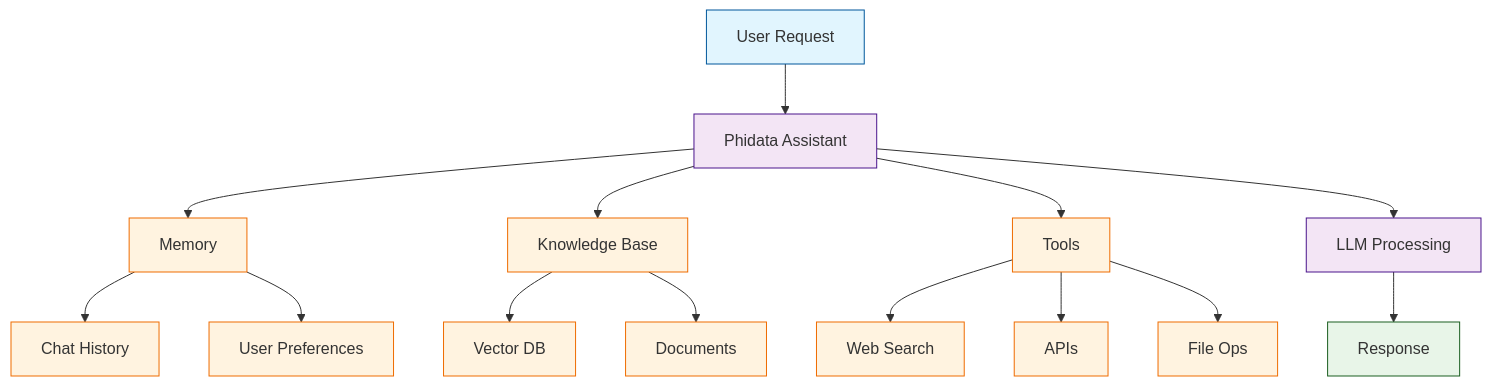
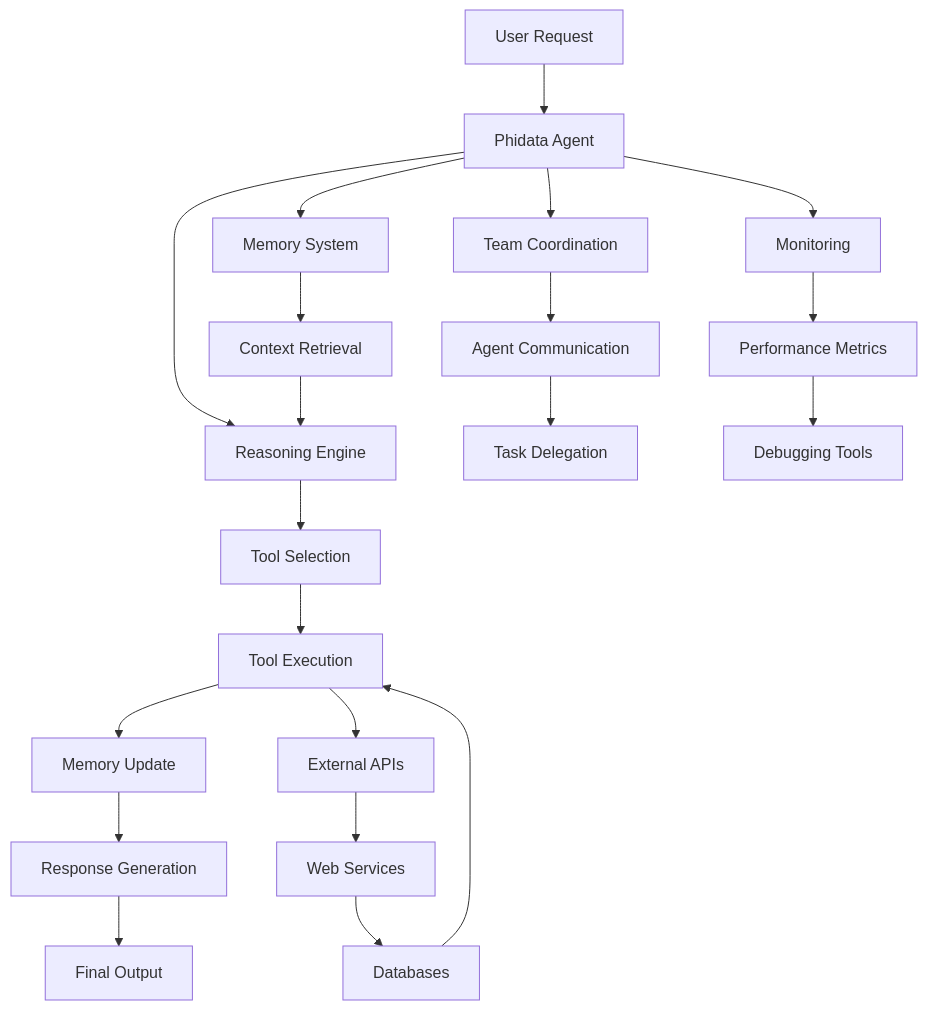
The diagram in tutorials/phidata-tutorial/index.md (johnxie/awesome-code-docs), drawn with Mermaid before and after one commit. The commit also changed other lines of this file and 9 other files, not shown here.

````diff
--- a/tutorials/phidata-tutorial/index.md
+++ b/tutorials/phidata-tutorial/index.md
@@ -37,31 +63,28 @@
 ```mermaid
-flowchart TD
-    A[User Request] --> B[Phidata Assistant]
-    
-    B --> C[Memory]
-    B --> D[Knowledge Base]
-    B --> E[Tools]
-    
-    C --> F[Chat History]
-    C --> G[User Preferences]
-    
-    D --> H[Vector DB]
-    D --> I[Documents]
-    
-    E --> J[Web Search]
-    E --> K[APIs]
-    E --> L[File Ops]
-    
-    B --> M[LLM Processing]
-    M --> N[Response]
-    
-    classDef user fill:#e1f5fe,stroke:#01579b
-    classDef assistant fill:#f3e5f5,stroke:#4a148c
-    classDef capability fill:#fff3e0,stroke:#ef6c00
-    classDef output fill:#e8f5e8,stroke:#1b5e20
-    
-    class A user
-    class B,M assistant
-    class C,D,E,F,G,H,I,J,K,L capability
-    class N output
+graph TD
+    A[User Request] --> B[Phidata Agent]
+    B --> C[Reasoning Engine]
+    C --> D[Tool Selection]
+    D --> E[Tool Execution]
+
+    E --> F[Memory Update]
+    F --> G[Response Generation]
+    G --> H[Final Output]
+
+    B --> I[Memory System]
+    I --> J[Context Retrieval]
+    J --> C
+
+    B --> K[Team Coordination]
+    K --> L[Agent Communication]
+    L --> M[Task Delegation]
+
+    E --> N[External APIs]
+    N --> O[Web Services]
+    O --> P[Databases]
+    P --> E
+
+    B --> Q[Monitoring]
+    Q --> R[Performance Metrics]
+    R --> S[Debugging Tools]
 ```
````
